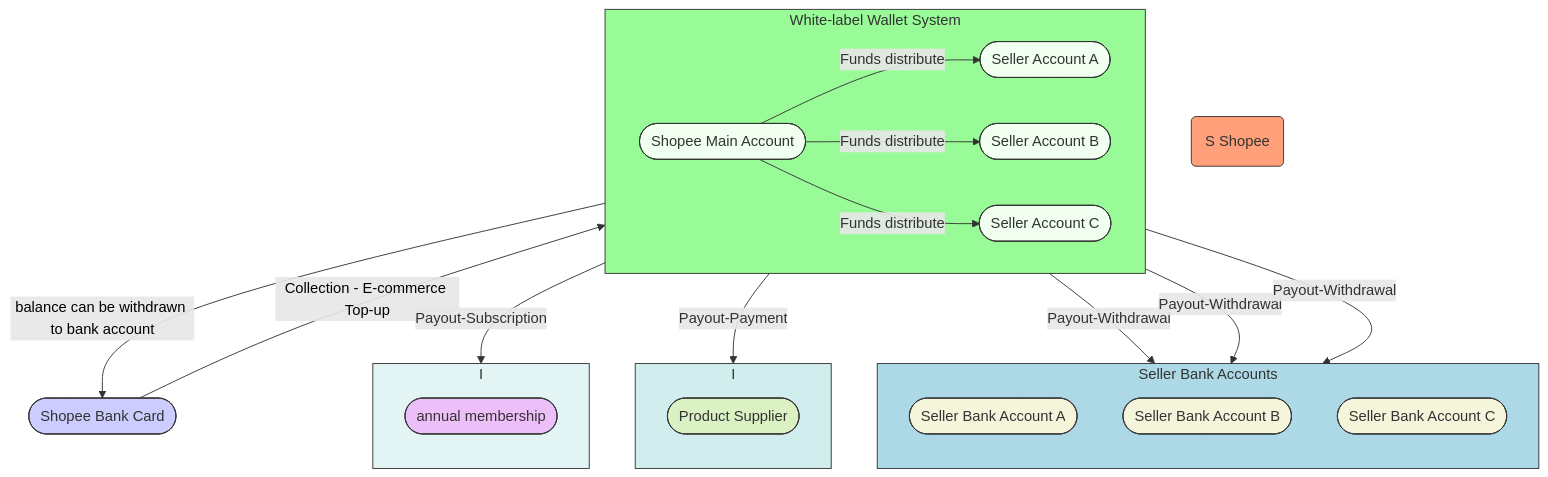
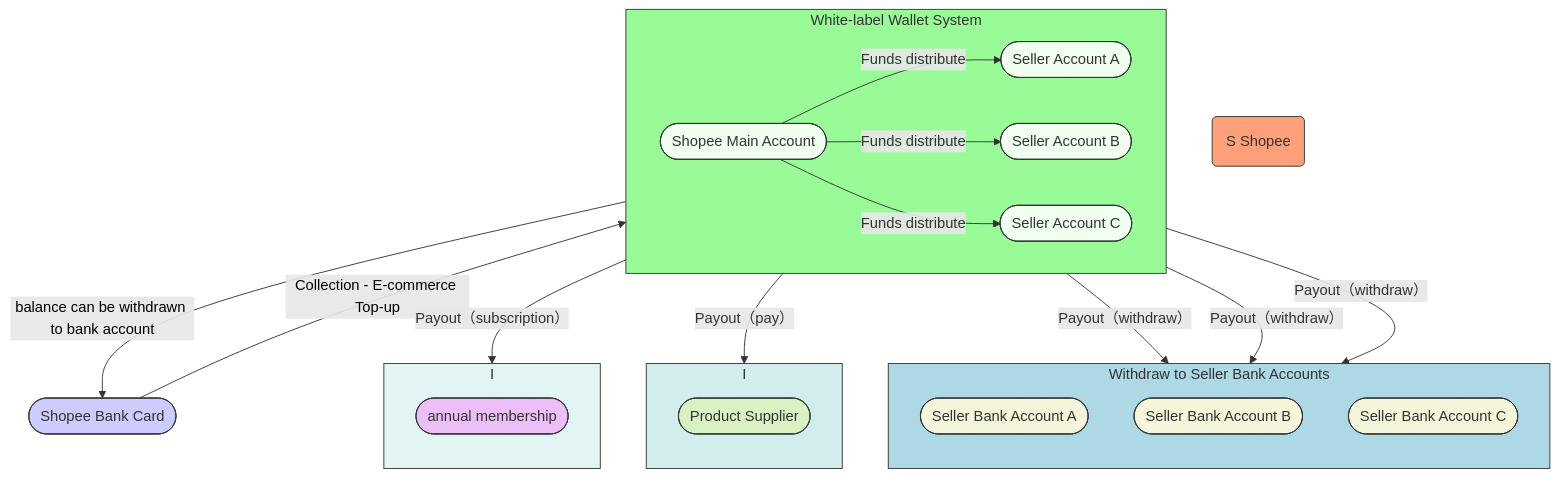
The second of 2 diagrams in README.md (blaire101/data-warehouse-solutions), drawn with Mermaid before and after one commit.

````diff
--- a/README.md
+++ b/README.md
@@ -86,69 +86,69 @@
 ```mermaid
 graph TD
     %% Left side entities - Shopee above Shopee Bank Card
     Shopee(S Shopee)
     style Shopee fill:#FFA07A,stroke:#333,stroke-width:2px %% Adjusted to comfortable orange-yellow
     ShopeeBankCard([Shopee Bank Card])
     style ShopeeBankCard fill:#ccf,stroke:#333,stroke-width:2px %% Keep light blue for the card
 
     %% Central green box - White-label Official Wallet
     subgraph SG_Wallet_T["White-label Wallet System"]
         direction LR %% Internal layout is more left-to-right
         style SG_Wallet_T fill:#98FB98,stroke:#333,stroke-width:2px %% Changed to light green
         SMA([Shopee Main Account])
         style SMA fill:#F0FFF0,stroke:#333,stroke-width:2px %% Keep very pale green
         SA_A([Seller Account A])
         style SA_A fill:#F0FFF0,stroke:#333,stroke-width:2px %% Keep very pale green
         SA_B([Seller Account B])
         style SA_B fill:#F0FFF0,stroke:#333,stroke-width:2px %% Keep very pale green
         SA_C([Seller Account C])
         style SA_C fill:#F0FFF0,stroke:#333,stroke-width:2px %% Keep very pale green
 
         SMA -- "Funds distribute" --> SA_A
         SMA -- "Funds distribute" --> SA_B
         SMA -- "Funds distribute" --> SA_C
         linkStyle 0,1,2 stroke:#333,stroke-width:1px
     end
 
     %% Right blue box - Seller Bank Accounts
-    subgraph SG_SellerBanks["Seller Bank Accounts"]
+    subgraph SG_SellerBanks["Withdraw to Seller Bank Accounts"]
         direction TB %% Internal layout is top-to-bottom
         style SG_SellerBanks fill:#ADD8E6,stroke:#333,stroke-width:2px %% Changed to light blue
         SBA_A([Seller Bank Account A])
         style SBA_A fill:#F5F5DC,stroke:#333,stroke-width:2px %% Keep beige
         SBA_B([Seller Bank Account B])
         style SBA_B fill:#F5F5DC,stroke:#333,stroke-width:2px %% Keep beige
         SBA_C([Seller Bank Account C])
         style SBA_C fill:#F5F5DC,stroke:#333,stroke-width:2px %% Keep beige
     end
 
    %% Right blue box - Seller Product Supplier
     subgraph SZ_ProductSupplier["I"]
         direction TB %% Internal layout is top-to-bottom
         style SZ_ProductSupplier fill:#ADD8,stroke:#333,stroke-width:2px %% Changed to light blue
         SPS_A([Product Supplier])
         style SPS_A fill:#FF23,stroke:#333,stroke-width:2px %% Keep beige
     end
 
     %% Right blue box - Seller Annual Subscription Plan
     subgraph Subs["I"]
         direction TB %% Internal layout is top-to-bottom
         style Subs fill:#ADD5,stroke:#333,stroke-width:1px %% Changed to light blue
         SASP_C([annual membership])
         style SASP_C fill:#F5F5,stroke:#333,stroke-width:1px %% Keep beige
     end
 
     %% Connections between main sections
     ShopeeBankCard --> |Collection - E-commerce Top-up| SMA
     linkStyle 3 stroke:#333,stroke-width:1px,color:#000
 
     SMA --> |balance can be withdrawn to bank account| ShopeeBankCard
     linkStyle 4 stroke:#333,stroke-width:1px,color:#000
 
-    SA_A --> |Payout-Withdrawal| SBA_A
-    SA_A --> |Payout-Payment| SPS_A
-    SA_C --> |Payout-Subscription| SASP_C
-    SA_B --> |Payout-Withdrawal| SBA_B
-    SA_C --> |Payout-Withdrawal| SBA_C
+    SA_A --> |Payout（withdraw）| SBA_A
+    SA_A --> |Payout（pay）| SPS_A
+    SA_C --> |Payout（subscription）| SASP_C
+    SA_B --> |Payout（withdraw）| SBA_B
+    SA_C --> |Payout（withdraw）| SBA_C
     linkStyle 5,6,7 stroke:#333,stroke-width:1px
 ```
````
